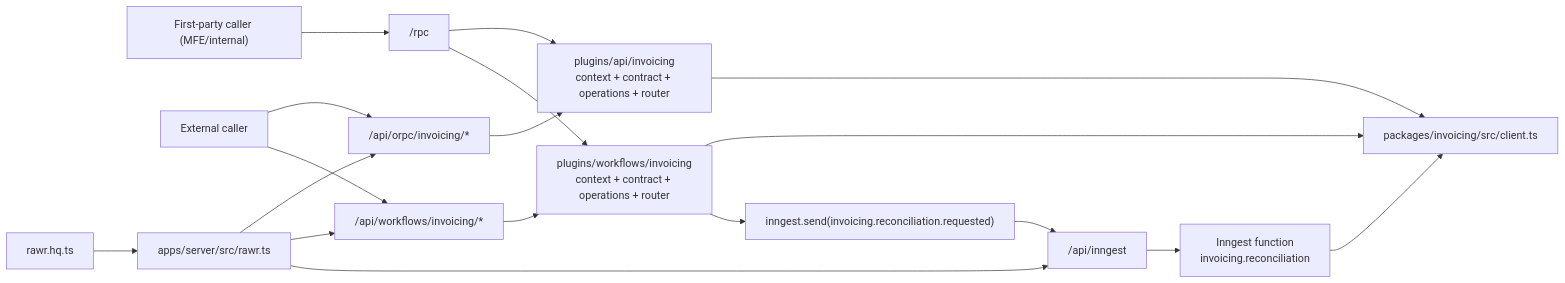
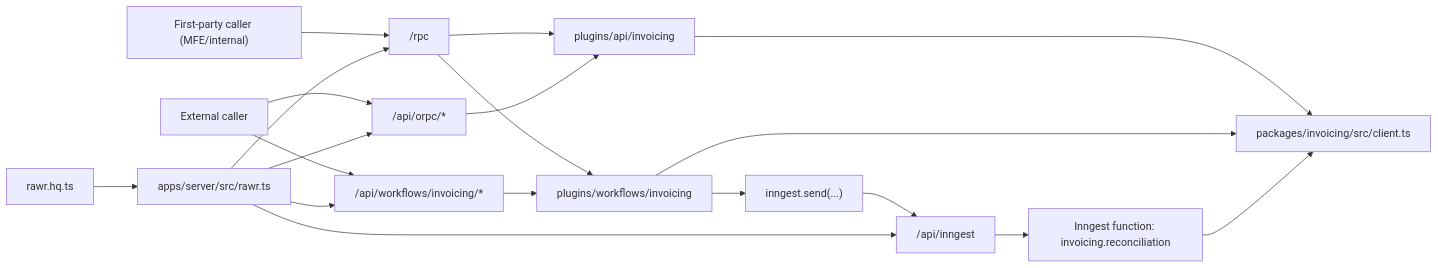
One commit to rawr-ai/rawr-hq-template changed the diagram in docs/projects/orpc-ingest-workflows-spec/examples/e2e-04-context-middleware.md. Above: the diagram before and after it, drawn with Mermaid. The commit also changed other lines of this file and 19 other files, not shown here.

````diff
--- a/docs/projects/orpc-ingest-workflows-spec/examples/e2e-04-context-middleware.md
+++ b/docs/projects/orpc-ingest-workflows-spec/examples/e2e-04-context-middleware.md
@@ -50,24 +39,25 @@
 ```mermaid
 flowchart LR
   FirstParty["First-party caller (MFE/internal)"] --> Rpc["/rpc"]
-  External["External caller"] --> Api["/api/orpc/invoicing/*"]
+  External["External caller"] --> Api["/api/orpc/*"]
   External --> Workflows["/api/workflows/invoicing/*"]
 
-  Api --> ApiPlugin["plugins/api/invoicing\ncontext + contract + operations + router"]
-  Workflows --> WfPlugin["plugins/workflows/invoicing\ncontext + contract + operations + router"]
-  Rpc --> ApiPlugin
-  Rpc --> WfPlugin
+  Rpc --> ApiPlugin["plugins/api/invoicing"]
+  Rpc --> WfPlugin["plugins/workflows/invoicing"]
+  Api --> ApiPlugin
+  Workflows --> WfPlugin
 
   ApiPlugin --> PkgClient["packages/invoicing/src/client.ts"]
   WfPlugin --> PkgClient
 
-  WfPlugin --> SendEvent["inngest.send(invoicing.reconciliation.requested)"]
+  WfPlugin --> SendEvent["inngest.send(...)"]
   SendEvent --> Ingress["/api/inngest"]
-  Ingress --> Fn["Inngest function\ninvoicing.reconciliation"]
+  Ingress --> Fn["Inngest function: invoicing.reconciliation"]
   Fn --> PkgClient
 
-  Host["apps/server/src/rawr.ts"] --> Api
+  Host["apps/server/src/rawr.ts"] --> Ingress
   Host --> Workflows
-  Host --> Ingress
-  Compose["rawr.hq.ts"] --> Host
+  Host --> Rpc
+  Host --> Api
+  Manifest["rawr.hq.ts"] --> Host
 ```
````
